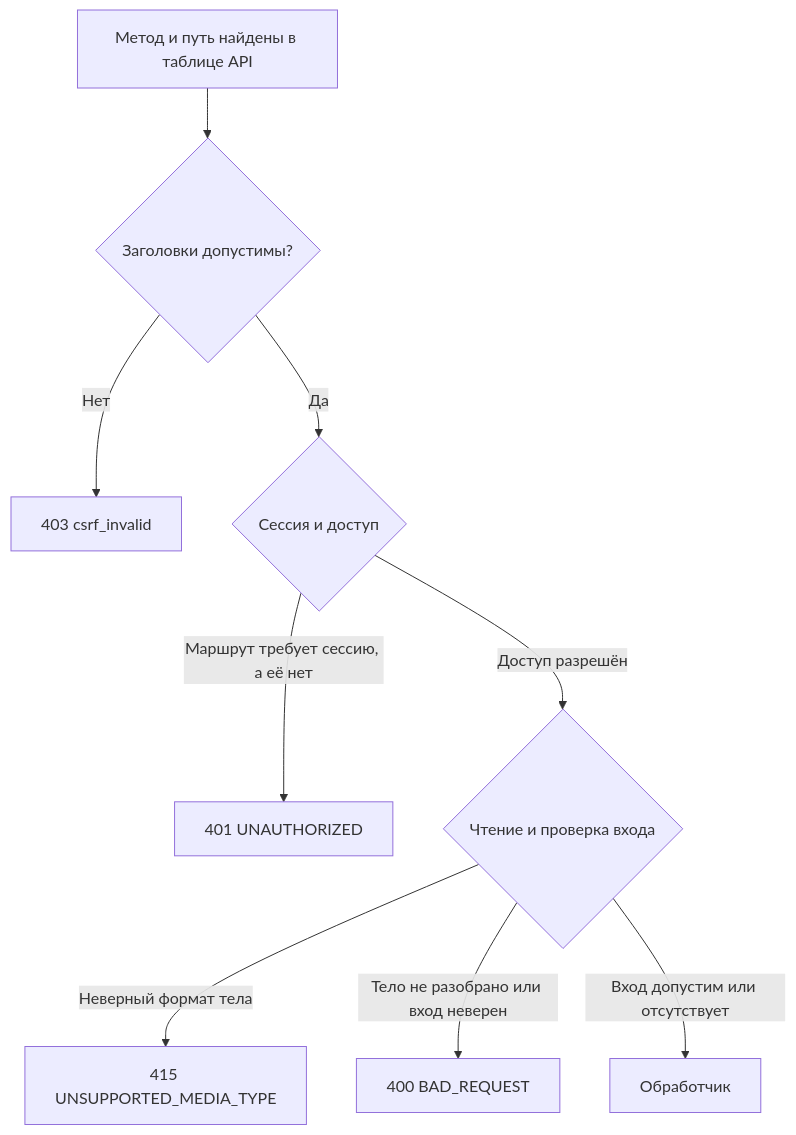
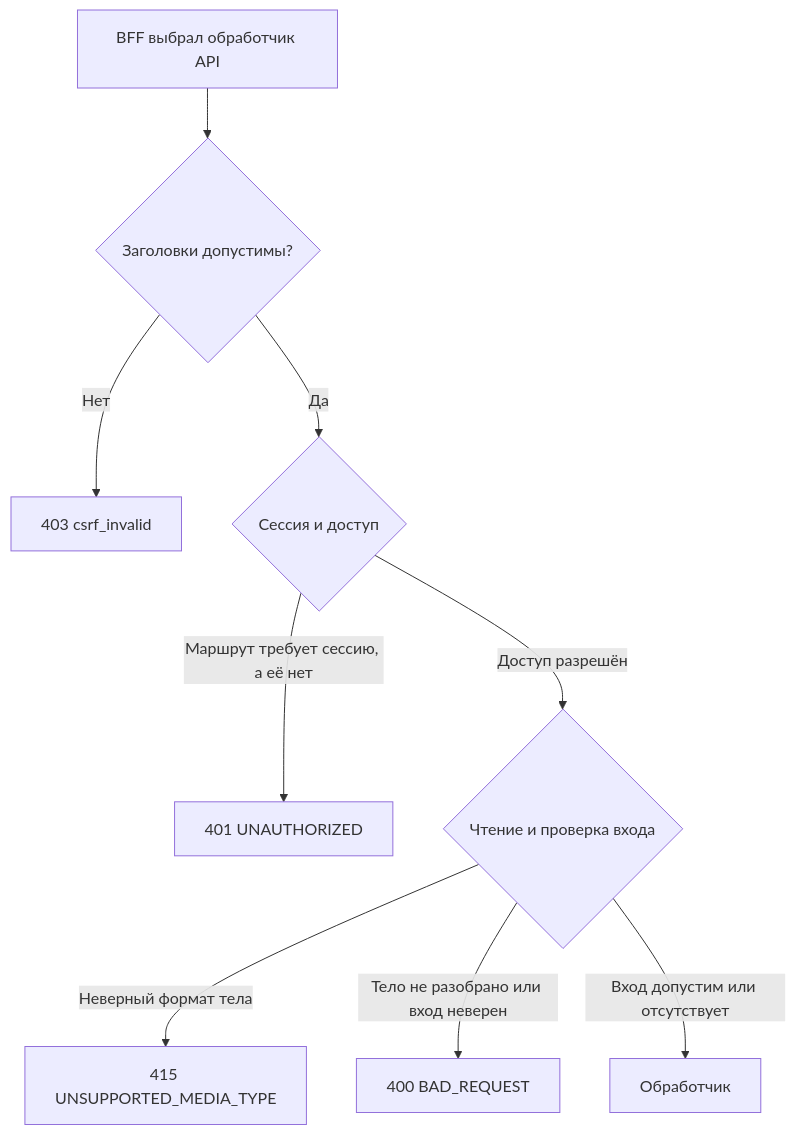
One commit to Cringe-Driven-Development-Team/docs changed the diagram in site/documentation/security/csrf.md. Above: the diagram before and after it, drawn with Mermaid. The commit also changed other lines of this file and 4 other files, not shown here.

````diff
--- a/site/documentation/security/csrf.md
+++ b/site/documentation/security/csrf.md
@@ -25,11 +26,11 @@
 ```mermaid
 flowchart TD
-    A["Метод и путь найдены в таблице API"] --> B{"Заголовки допустимы?"}
+    A["BFF выбрал обработчик API"] --> B{"Заголовки допустимы?"}
     B -->|Нет| C["403 csrf_invalid"]
     B -->|Да| D{"Сессия и доступ"}
     D -->|Маршрут требует сессию, а её нет| E["401 UNAUTHORIZED"]
     D -->|Доступ разрешён| F{"Чтение и проверка входа"}
     F -->|Неверный формат тела| G["415 UNSUPPORTED_MEDIA_TYPE"]
     F -->|Тело не разобрано или вход неверен| H["400 BAD_REQUEST"]
     F -->|Вход допустим или отсутствует| I["Обработчик"]
 ```
````
